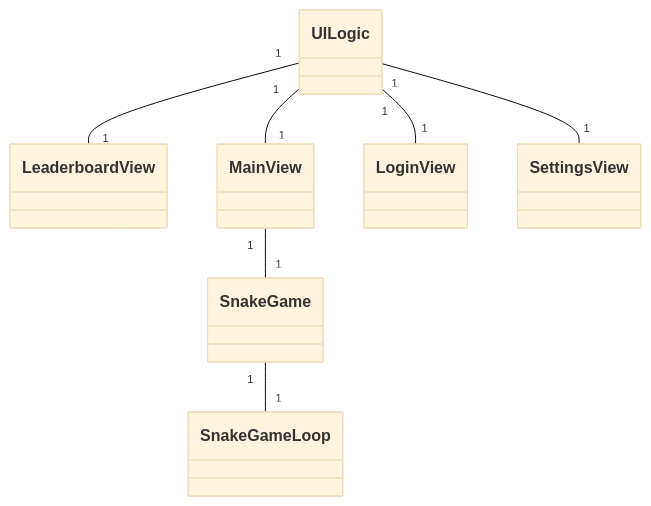
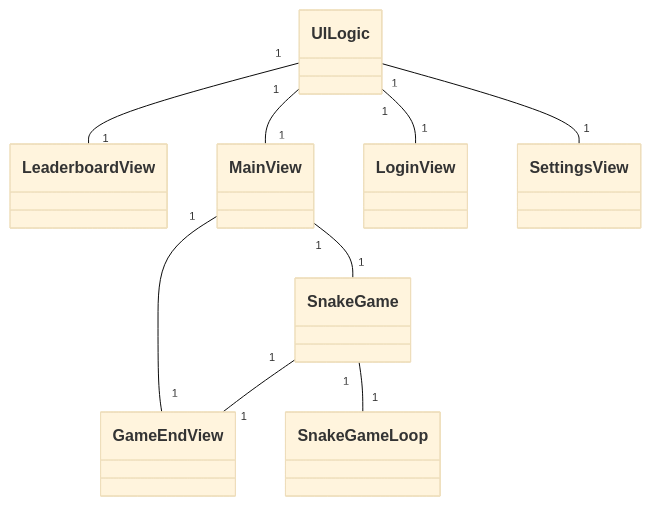
One commit to Perttu-Kangas/ohte changed the first of 2 diagrams in harjoitustyo/dokumentaatio/arkkitehtuuri.md. Above: the diagram before and after it, drawn with Mermaid (base theme). The commit also changed 2 other files, not shown here.

Commit message:
Changed window size

````diff
--- a/harjoitustyo/dokumentaatio/arkkitehtuuri.md
+++ b/harjoitustyo/dokumentaatio/arkkitehtuuri.md
@@ -2,9 +2,11 @@
 ```mermaid
 classDiagram
     UILogic "1" -- "1" LeaderboardView
     UILogic "1" -- "1" MainView
     UILogic "1" -- "1" LoginView
     UILogic "1" -- "1" SettingsView
     MainView "1" -- "1" SnakeGame
+    SnakeGame "1" -- "1" GameEndView
+    GameEndView "1" -- "1" MainView
     SnakeGame "1" -- "1" SnakeGameLoop
 ```
````
